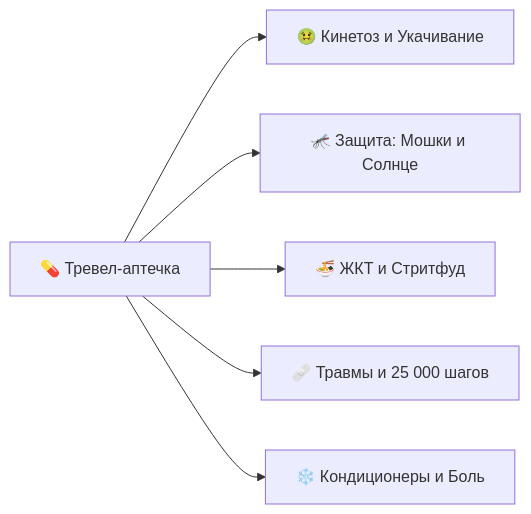
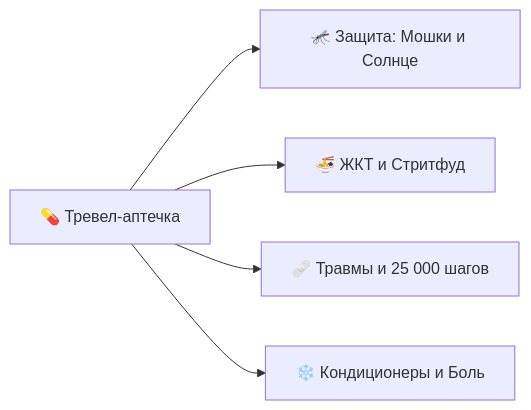
Before and after one commit to injurka/obsidian-mark: the first of 2 diagrams in Personal Note/Travel/-- Taiwan/06 - Чек лист/Чек-лист подготовки и сборов.md, drawn with Mermaid. The commit also changed other lines of this file and 15 other files, not shown here.

````diff
--- a/Personal Note/Travel/-- Taiwan/06 - Чек лист/Чек-лист подготовки и сборов.md
+++ b/Personal Note/Travel/-- Taiwan/06 - Чек лист/Чек-лист подготовки и сборов.md
@@ -102,8 +93,8 @@
 ```mermaid
 flowchart LR
-    A[💊 Тревел-аптечка] --> B[🤢 Кинетоз и Укачивание]
+    A[💊 Тревел-аптечка]
     A --> C[🦟 Защита: Мошки и Солнце]
     A --> D[🍜 ЖКТ и Стритфуд]
     A --> E[🩹 Травмы и 25 000 шагов]
     A --> F[❄️ Кондиционеры и Боль]
 ```
````
